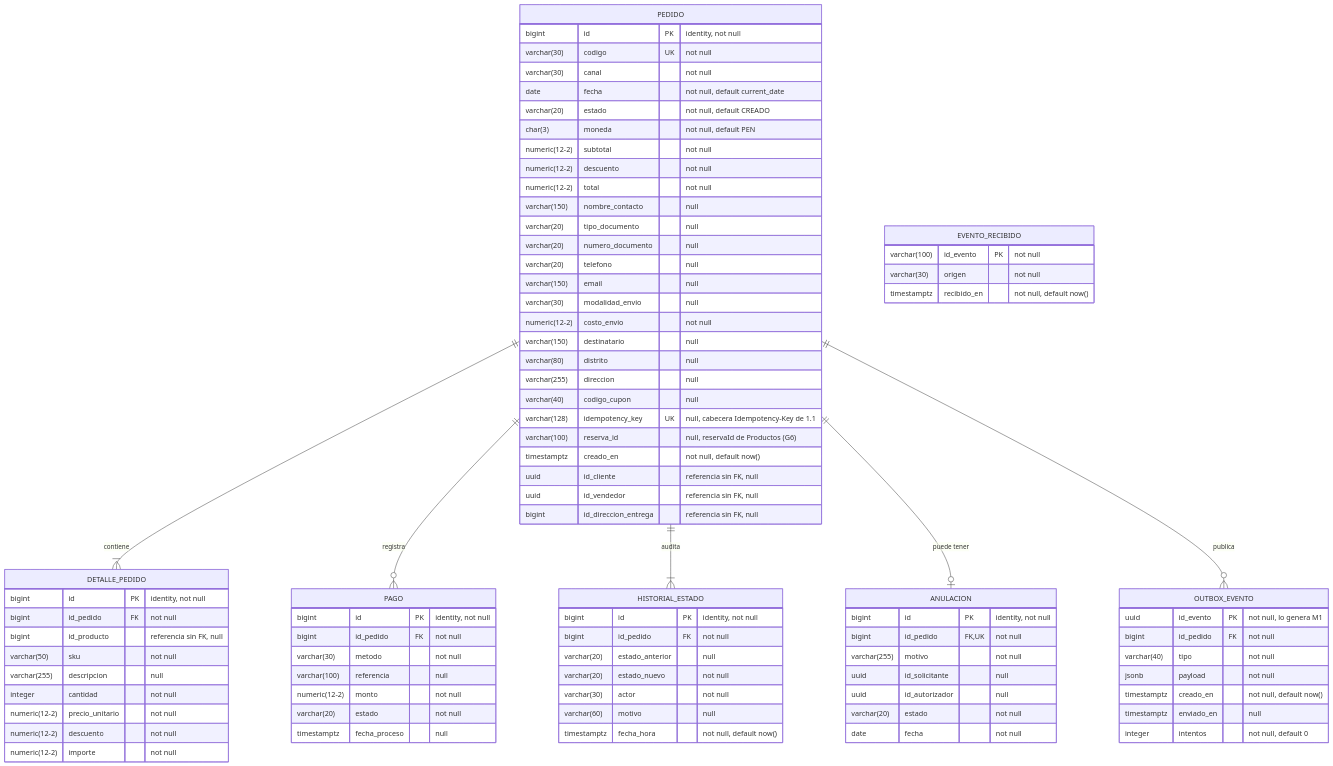
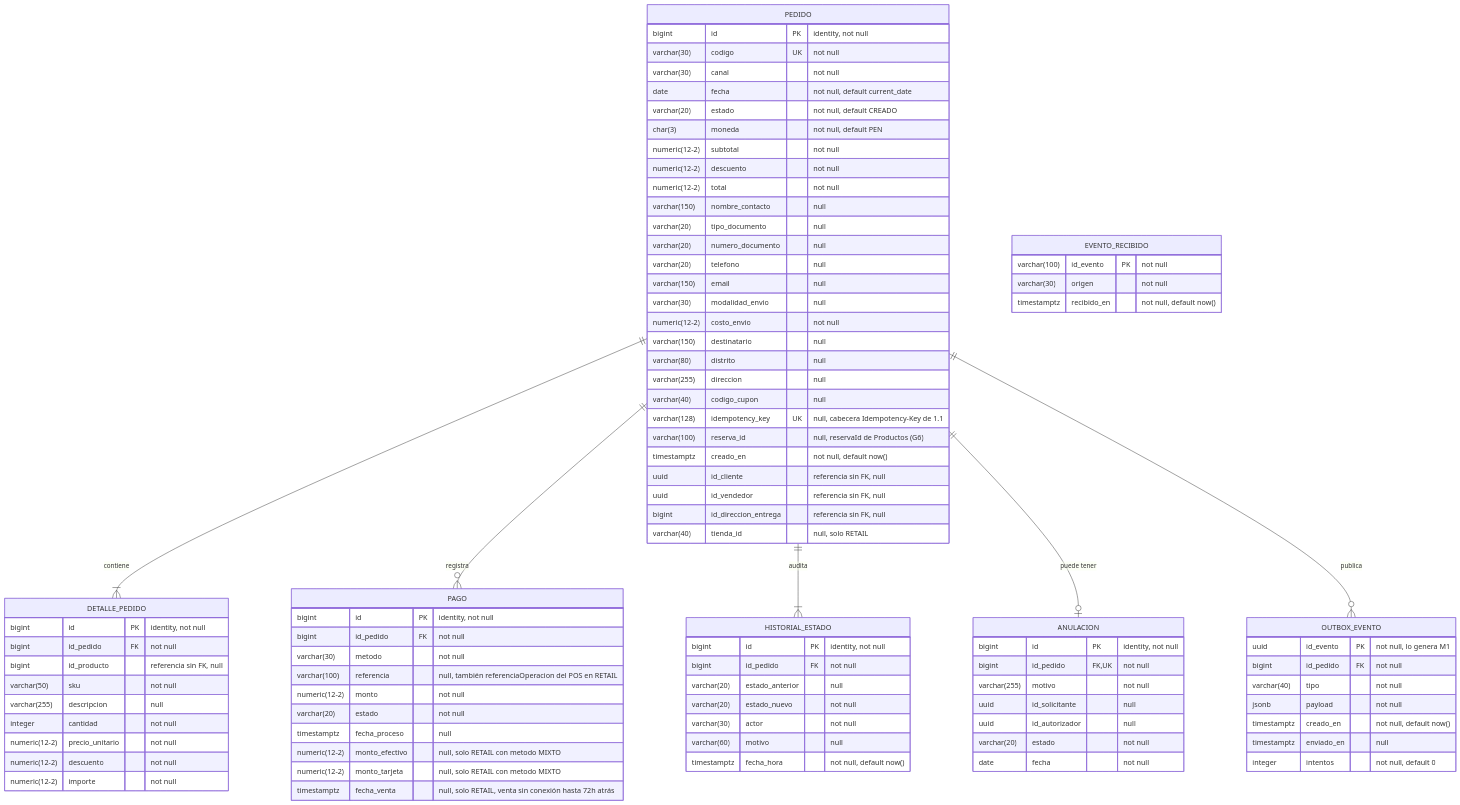
One commit to Taller-SW-Web/G5-Ventas-Postventas changed the first of 2 diagrams in diseno/diagramas/bd/diagrama-fisico.md. Above: the diagram before and after it, drawn with Mermaid. The commit also changed other lines of this file and 2 other files, not shown here.

Commit message:
restore Retail columns dropped in merge conflict

```diff
--- a/diseno/diagramas/bd/diagrama-fisico.md
+++ b/diseno/diagramas/bd/diagrama-fisico.md
@@ -40,6 +42,7 @@
         uuid id_cliente "referencia sin FK, null"
         uuid id_vendedor "referencia sin FK, null"
         bigint id_direccion_entrega "referencia sin FK, null"
+        varchar(40) tienda_id "null, solo RETAIL"
     }
     DETALLE_PEDIDO {
         bigint id PK "identity, not null"
@@ -56,10 +59,13 @@
         bigint id PK "identity, not null"
         bigint id_pedido FK "not null"
         varchar(30) metodo "not null"
-        varchar(100) referencia "null"
+        varchar(100) referencia "null, también referenciaOperacion del POS en RETAIL"
         numeric(12-2) monto "not null"
         varchar(20) estado "not null"
         timestamptz fecha_proceso "null"
+        numeric(12-2) monto_efectivo "null, solo RETAIL con metodo MIXTO"
+        numeric(12-2) monto_tarjeta "null, solo RETAIL con metodo MIXTO"
+        timestamptz fecha_venta "null, solo RETAIL, venta sin conexión hasta 72h atrás"
     }
     HISTORIAL_ESTADO {
         bigint id PK "identity, not null"
```
